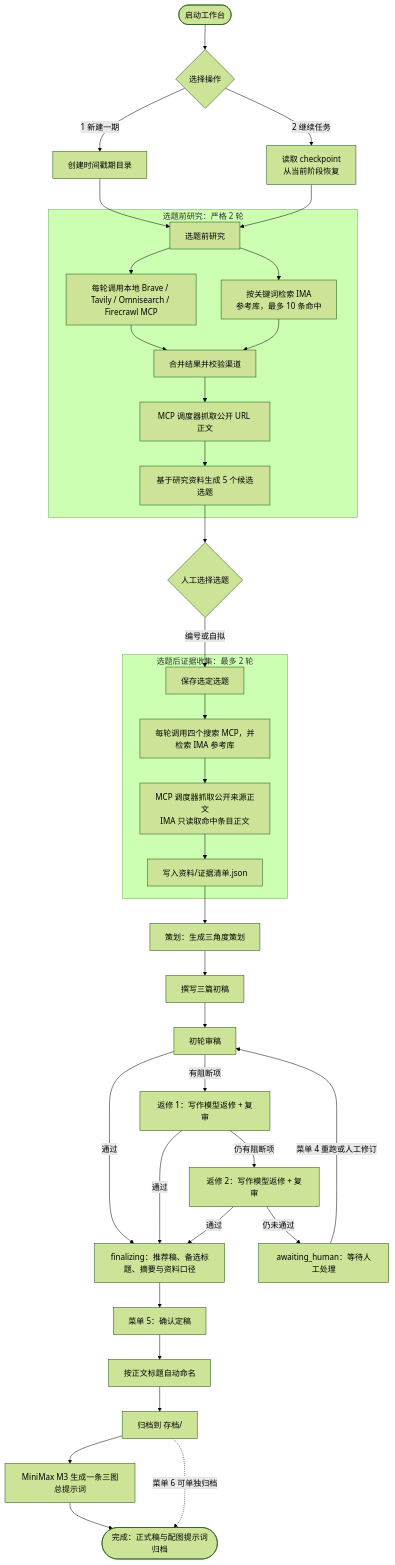
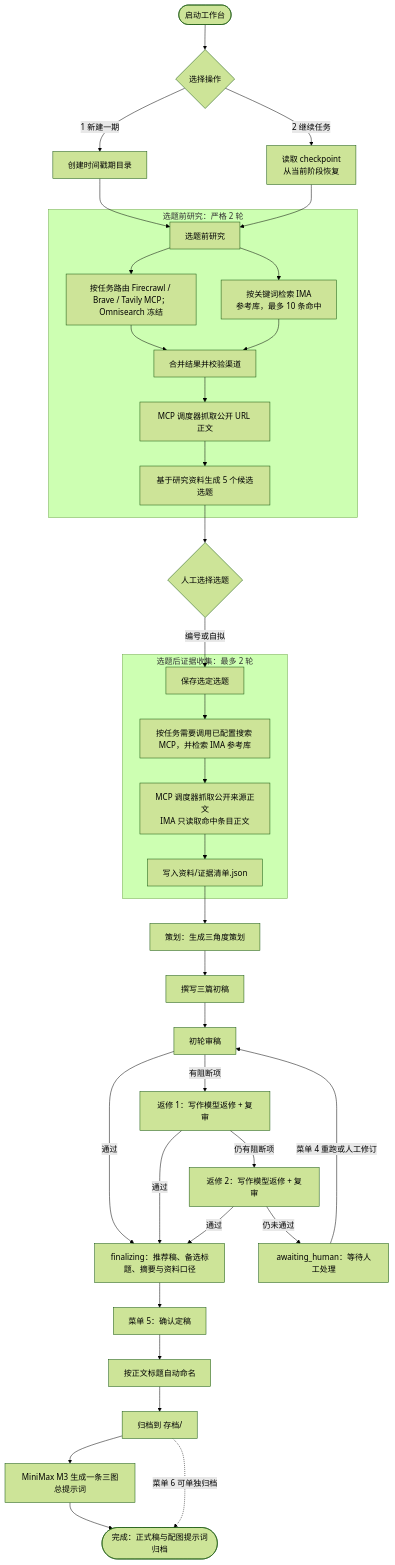
One commit to KARASzz/Shang-Jian-Lab changed the diagram in README.md. Above: the diagram before and after it, drawn with Mermaid (forest theme). The commit also changed other lines of this file and 21 other files, not shown here.

Commit message:
优化本地 MCP 检索调度并冻结 Omnisearch

````diff
--- a/README.md
+++ b/README.md
@@ -47,44 +47,44 @@
 ```mermaid
 flowchart TD
     A([启动工作台]) --> B{选择操作}
     B -->|1 新建一期| C[创建时间戳期目录]
     B -->|2 继续任务| D[读取 checkpoint<br/>从当前阶段恢复]
     C --> E[选题前研究]
     D --> E
 
     subgraph R[选题前研究：严格 2 轮]
-        E --> F1[每轮调用本地 Brave / Tavily / Omnisearch / Firecrawl MCP]
+        E --> F1[按任务路由 Firecrawl / Brave / Tavily MCP；Omnisearch 冻结]
         E --> F2[按关键词检索 IMA<br/>参考库，最多 10 条命中]
         F1 --> G[合并结果并校验渠道]
         F2 --> G
         G --> H[MCP 调度器抓取公开 URL 正文]
         H --> I[基于研究资料生成 5 个候选选题]
     end
 
     I --> J{人工选择选题}
     J -->|编号或自拟| K[保存选定选题]
 
     subgraph EVID[选题后证据收集：最多 2 轮]
-        K --> L1[每轮调用四个搜索 MCP，并检索 IMA 参考库]
+        K --> L1[按任务需要调用已配置搜索 MCP，并检索 IMA 参考库]
         L1 --> L2[MCP 调度器抓取公开来源正文<br/>IMA 只读取命中条目正文]
         L2 --> L3[写入资料/证据清单.json]
     end
 
     L3 --> M[策划：生成三角度策划]
     M --> N[撰写三篇初稿]
     N --> O[初轮审稿]
     O -->|通过| P[finalizing：推荐稿、备选标题、摘要与资料口径]
     O -->|有阻断项| Q[返修 1：写作模型返修 + 复审]
     Q -->|通过| P
     Q -->|仍有阻断项| R2[返修 2：写作模型返修 + 复审]
     R2 -->|通过| P
     R2 -->|仍未通过| S[awaiting_human：等待人工处理]
     S -->|菜单 4 重跑或人工修订| O
 
     P --> T[菜单 5：确认定稿]
     T --> U[按正文标题自动命名]
     U --> V[归档到 存档/]
     V --> W[MiniMax M3 生成一条三图总提示词]
     W --> X([完成：正式稿与配图提示词归档])
     V -. 菜单 6 可单独归档 .-> X
 ```
````
